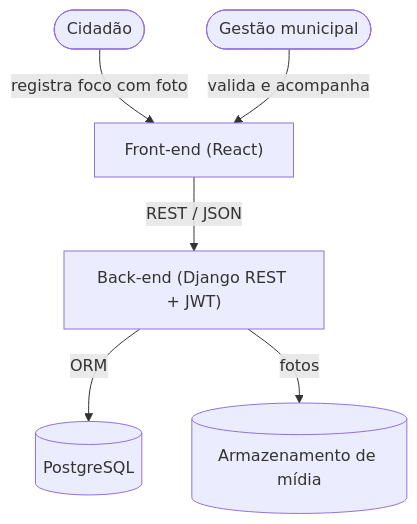
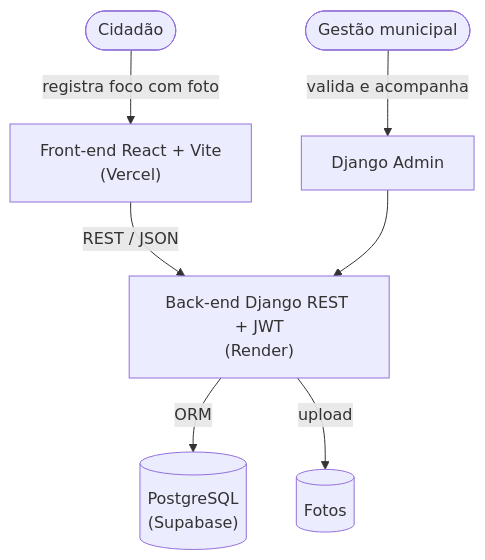
One commit to joaocarloss112/ContraVetores changed the first of 2 diagrams in README.md. Above: the diagram before and after it, drawn with Mermaid. The commit also changed other lines of this file and 11 other files, not shown here.

````diff
--- a/README.md
+++ b/README.md
@@ -31,8 +88,9 @@
 ```mermaid
 flowchart TD
     C(["Cidadão"]) -->|registra foco com foto| FE
-    G(["Gestão municipal"]) -->|valida e acompanha| FE
-    FE["Front-end (React)"] -->|REST / JSON| API["Back-end (Django REST + JWT)"]
-    API -->|ORM| DB[("PostgreSQL")]
-    API -->|fotos| MEDIA[("Armazenamento de mídia")]
+    G(["Gestão municipal"]) -->|valida e acompanha| ADM
+    FE["Front-end React + Vite<br/>(Vercel)"] -->|REST / JSON| API
+    ADM["Django Admin"] --> API
+    API["Back-end Django REST + JWT<br/>(Render)"] -->|ORM| DB[("PostgreSQL<br/>(Supabase)")]
+    API -->|upload| MEDIA[("Fotos")]
 ```
````
